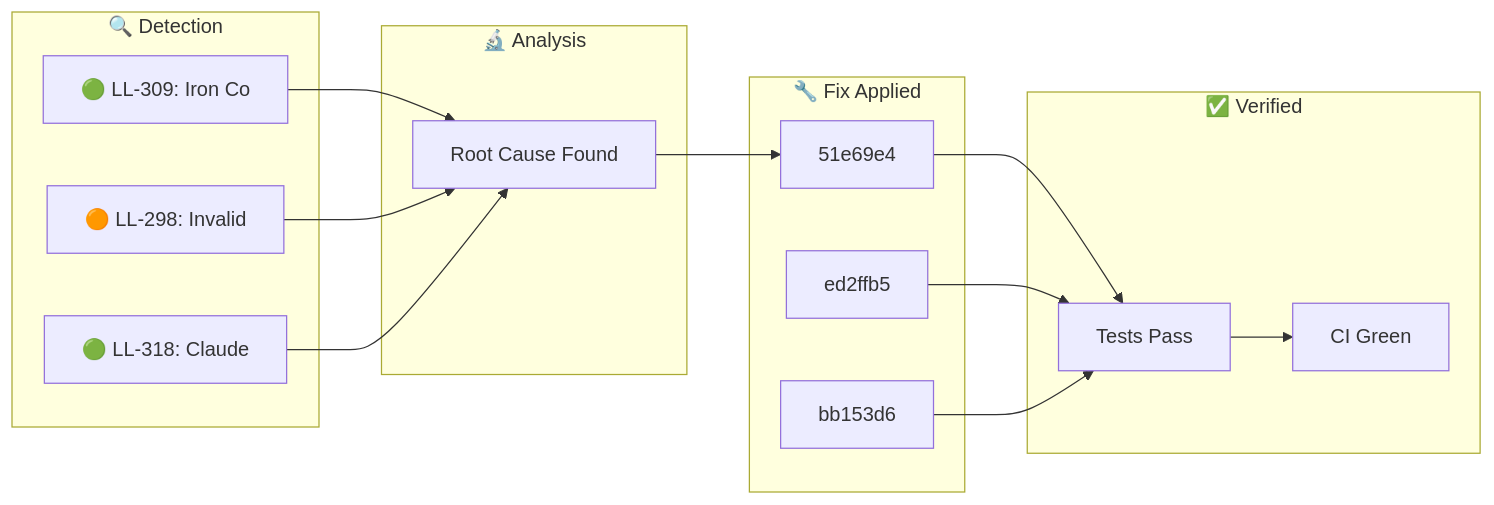
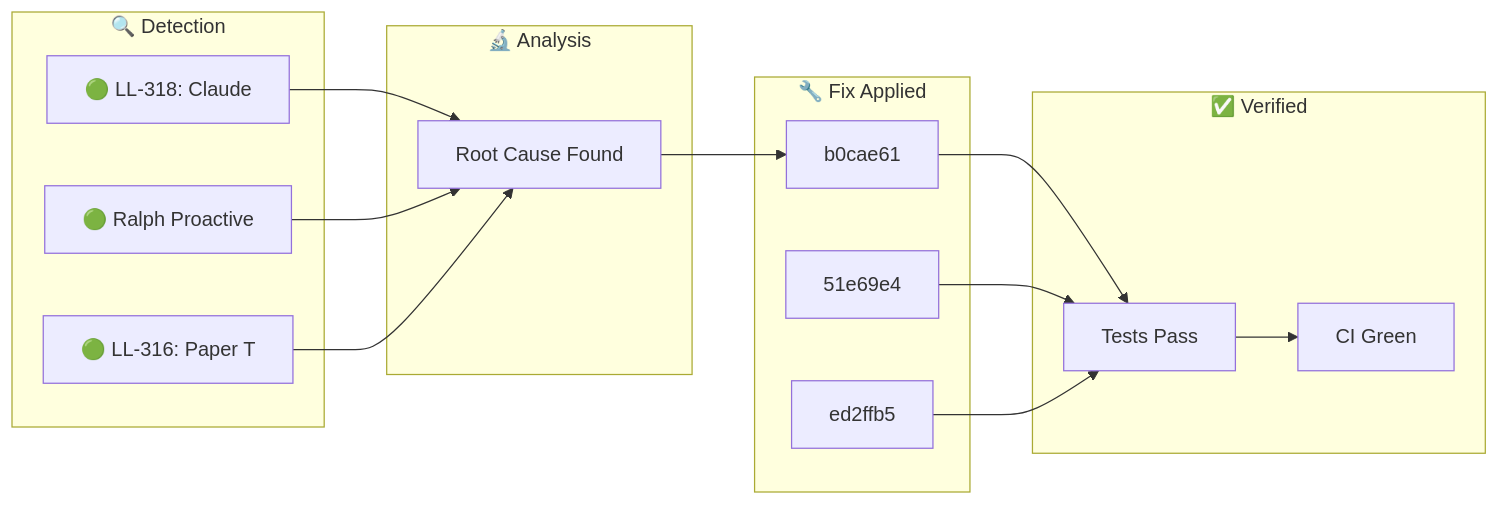
One commit to YoByron/trading changed the diagram in docs/_posts/2026-01-28-ralph-discovery.md. Above: the diagram before and after it, drawn with Mermaid. The commit also changed other lines of this file, not shown here.

Commit message:
docs(ralph): Auto-publish discovery blog post

````diff
--- a/docs/_posts/2026-01-28-ralph-discovery.md
+++ b/docs/_posts/2026-01-28-ralph-discovery.md
@@ -17,28 +17,28 @@
 ```mermaid
 flowchart LR
     subgraph Detection["🔍 Detection"]
-        D1["🟢 LL-309: Iron Co"]
-        D2["🟠 LL-298: Invalid"]
-        D3["🟢 LL-318: Claude "]
+        D1["🟢 LL-318: Claude "]
+        D2["🟢 Ralph Proactive"]
+        D3["🟢 LL-316: Paper T"]
     end
     subgraph Analysis["🔬 Analysis"]
         A1["Root Cause Found"]
     end
     subgraph Fix["🔧 Fix Applied"]
-        F1["51e69e4"]
-        F2["ed2ffb5"]
-        F3["bb153d6"]
+        F1["b0cae61"]
+        F2["51e69e4"]
+        F3["ed2ffb5"]
     end
     subgraph Verify["✅ Verified"]
         V1["Tests Pass"]
         V2["CI Green"]
     end
     D1 --> A1
     D2 --> A1
     D3 --> A1
     A1 --> F1
     F1 --> V1
     F2 --> V1
     F3 --> V1
     V1 --> V2
 ```
````
